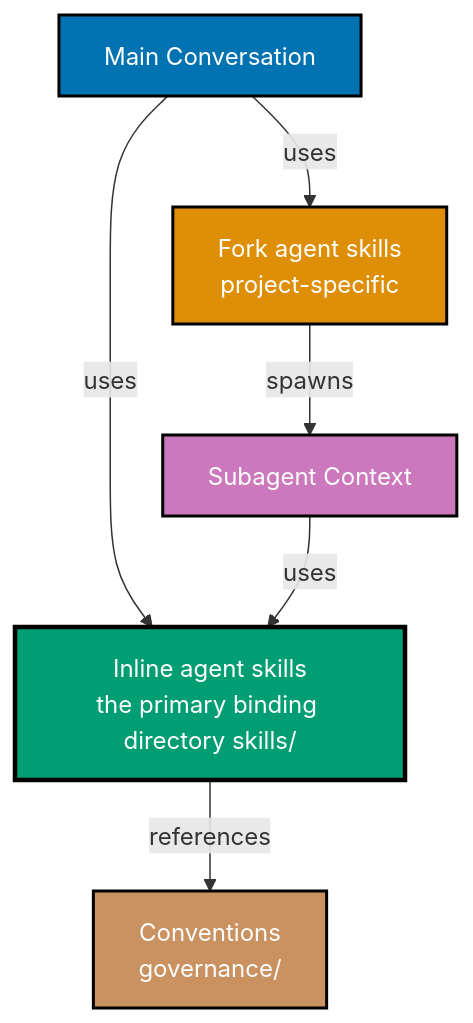
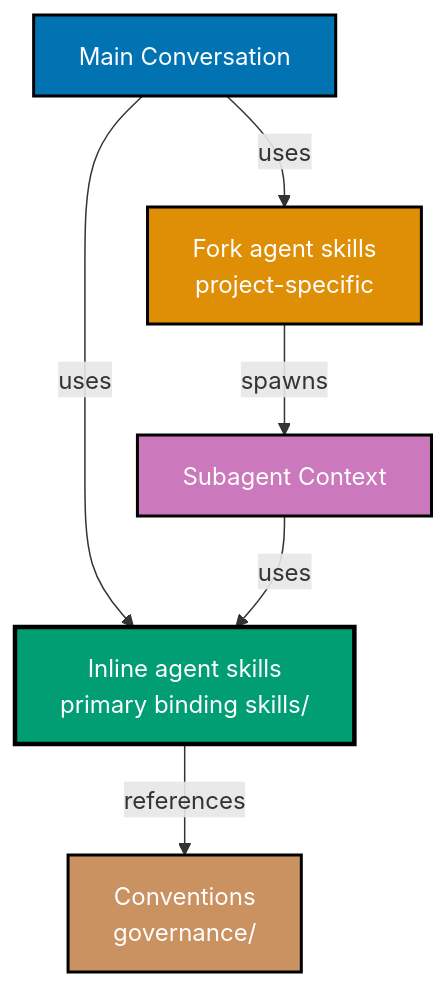
Before and after one commit to wahidyankf/ose-primer: the diagram in governance/development/agents/skill-context-architecture.md, drawn with Mermaid. The commit also changed 1 other file, not shown here.

Commit message:
docs(plans): split plan README mermaid + shorten labels under validator limits
Pre-push surfaced 10 mermaid violations from the W4 bulk vendor-neutralization
sweep:

- 9 label_too_long in plans/.../README.md (W3, W8-W14 nodes had labels
  >30 chars per line — original phrasing pre-dated the validator
  thresholds)
- 1 label_too_long in governance/development/agents/skill-context-architecture.md
  ("Inline agent skills<br/>the primary binding directory skills/" was 37
  chars after W4-4C bulk replace)
- 1 width_exceeded ("span 9 exceeds max-width 4") on the plan README's
  flat 14-node W1-W14 graph

Fixes:

- skill-context-architecture.md mermaid label shortened to fit 30-char rule
- plan README split the single 14-node graph into three smaller graphs:
  Core sequence (W1-W5), W4-companions (W6/W7/W10/W13), and
  W5-companions (W8/W9/W11/W12/W14). Each block now satisfies both the
  per-label and per-rank validator thresholds.

validate:mermaid: 0 violations across 154 files (557 blocks scanned).

````diff
--- a/governance/development/agents/skill-context-architecture.md
+++ b/governance/development/agents/skill-context-architecture.md
@@ -228,21 +228,21 @@
 ```mermaid
 graph TD
     MC[Main Conversation]
-    IS[Inline agent skills<br/>the primary binding directory skills/]
+    IS[Inline agent skills<br/>primary binding skills/]
     FS[Fork agent skills<br/>project-specific]
     CONV[Conventions<br/>governance/]
     SA[Subagent Context]
 
     MC -- uses --> IS
     MC -- uses --> FS
     FS -- spawns --> SA
     IS -- references --> CONV
     SA -- uses --> IS
     %% SA cannot use FS (architectural constraint: subagents cannot spawn subagents)
 
     style MC fill:#0173B2,stroke:#000000,color:#FFFFFF,stroke-width:2px
     style SA fill:#CC78BC,stroke:#000000,color:#FFFFFF,stroke-width:2px
     style IS fill:#029E73,stroke:#000000,color:#FFFFFF,stroke-width:3px
     style FS fill:#DE8F05,stroke:#000000,color:#FFFFFF,stroke-width:2px
     style CONV fill:#CA9161,stroke:#000000,color:#FFFFFF,stroke-width:2px
 ```
````
